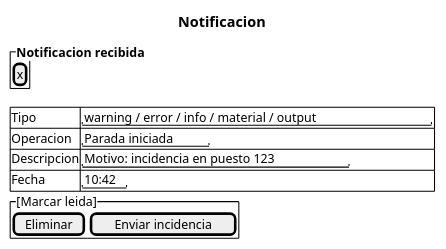
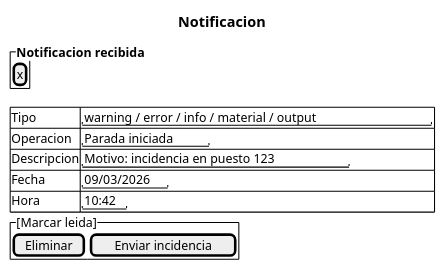
The diagram in codigoFuente/prototipoNotificacion.puml (RaulPlayo/TFG-RaulPelayoParaja), drawn with PlantUML before and after one commit. The commit also changed other lines of this file and 38 other files, not shown here.

```diff
--- a/codigoFuente/prototipoNotificacion.puml
+++ b/codigoFuente/prototipoNotificacion.puml
@@ -1,14 +1,16 @@
 @startsalt PrototipoNotificacion
 title Notificacion
 
 {
   {^ "<b>Notificacion recibida</b>" | [x] }
   {#
     Tipo | "warning / error / info / material / output"
     Operacion | "Parada iniciada"
     Descripcion | "Motivo: incidencia en puesto 123"
-    Fecha | "10:42"
+    Fecha | "09/03/2026"
+    Hora | "10:42"
+
   }
   {^ [Marcar leida] | [Eliminar] | [Enviar incidencia] }
 }
 @endsalt
```
